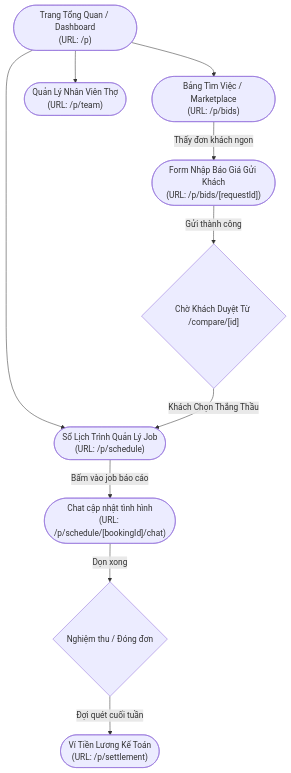
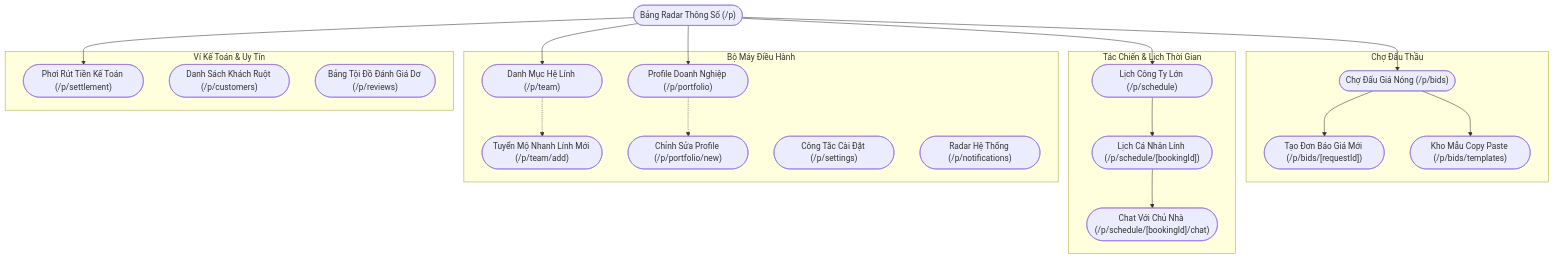
The diagram in Analysis/08_User_Flow_Vector_Diagrams_VI/02_Doi_Tac_Partner.md (oniiyachan/analysis), drawn with Mermaid before and after one commit. The commit also changed other lines of this file and 5 other files, not shown here.

````diff
--- a/Analysis/08_User_Flow_Vector_Diagrams_VI/02_Doi_Tac_Partner.md
+++ b/Analysis/08_User_Flow_Vector_Diagrams_VI/02_Doi_Tac_Partner.md
@@ -5,15 +4,37 @@
 ```mermaid
 graph TD
-    A(["Trang Tổng Quan / Dashboard<br/>(URL: /p)"]) --> B(["Bảng Tìm Việc / Marketplace<br/>(URL: /p/bids)"])
-    A --> C(["Sổ Lịch Trình Quản Lý Job<br/>(URL: /p/schedule)"])
-    A --> D(["Quản Lý Nhân Viên Thợ<br/>(URL: /p/team)"])
-    
-    B -->|Thấy đơn khách ngon| E(["Form Nhập Báo Giá Gửi Khách<br/>(URL: /p/bids/[requestId])"])
-    E -->|Gửi thành công| F{"Chờ Khách Duyệt Từ /compare/[id]"}
-    F -->|Khách Chọn Thắng Thầu| C
-    
-    C -->|Bấm vào job báo cáo| G(["Chat cập nhật tình hình<br/>(URL: /p/schedule/[bookingId]/chat)"])
-    G -->|Dọn xong| H{"Nghiệm thu / Đóng đơn"}
-    H -->|Đợi quét cuối tuần| I(["Ví Tiền Lương Kế Toán<br/>(URL: /p/settlement)"])
-    
+    D(["Bảng Radar Thông Số (/p)"])
+
+    subgraph Bidding_Zone [Chợ Đấu Thầu]
+        B1(["Chợ Đấu Giá Nóng (/p/bids)"])
+        B2(["Tạo Đơn Báo Giá Mới (/p/bids/[requestId])"])
+        B3(["Kho Mẫu Copy Paste (/p/bids/templates)"])
+    end
+
+    subgraph Operations [Tác Chiến & Lịch Thời Gian]
+        S1(["Lịch Công Ty Lớn (/p/schedule)"])
+        S2(["Lịch Cá Nhân Lính (/p/schedule/[bookingId])"])
+        S3(["Chat Với Chủ Nhà (/p/schedule/[bookingId]/chat)"])
+    end
+
+    subgraph Company_Mgmt [Bộ Máy Điều Hành]
+        T1(["Danh Mục Hệ Lính (/p/team)"])
+        T2(["Tuyển Mộ Nhanh Lính Mới (/p/team/add)"])
+        P1(["Profile Doanh Nghiệp (/p/portfolio)"])
+        P2(["Chỉnh Sửa Profile (/p/portfolio/new)"])
+        SET(["Công Tắc Cài Đặt (/p/settings)"])
+        NOT(["Radar Hệ Thống (/p/notifications)"])
+    end
+
+    subgraph Accounting_CRM [Ví Kế Toán & Uy Tín]
+        F1(["Phơi Rút Tiền Kế Toán (/p/settlement)"])
+        C1(["Danh Sách Khách Ruột (/p/customers)"])
+        R1(["Bảng Tội Đồ Đánh Giá Dơ (/p/reviews)"])
+    end
+
+    D --> B1 & S1 & F1 & T1 & P1
+    B1 --> B2 & B3
+    S1 --> S2 --> S3
+    T1 -.-> T2
+    P1 -.-> P2
 ```
````
